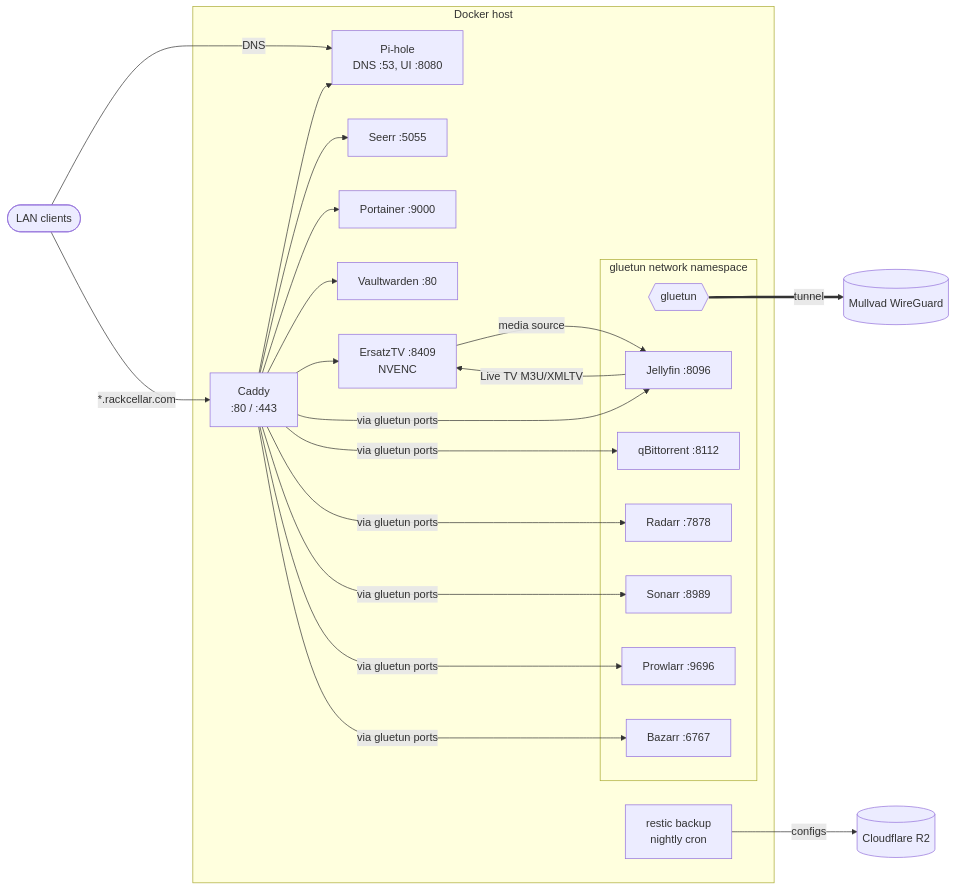
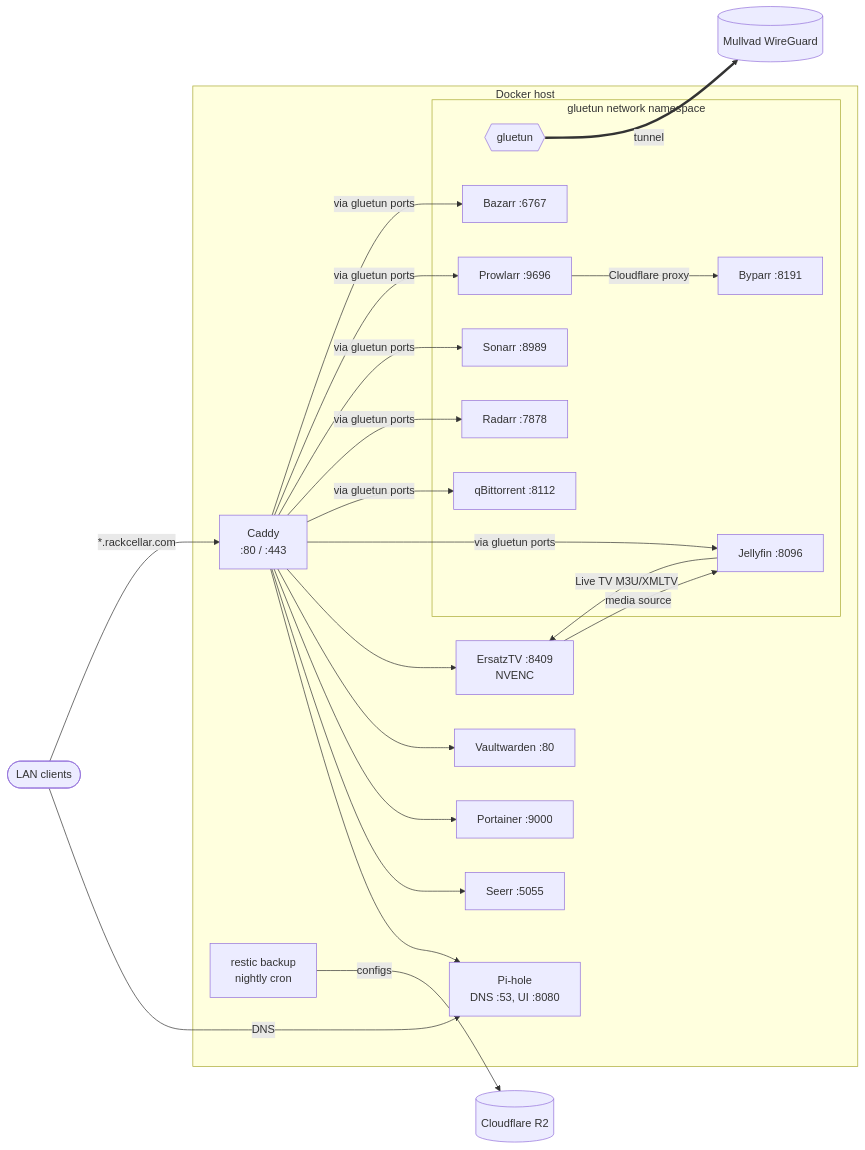
The diagram in README.md (jonnynabors/docker), drawn with Mermaid before and after one commit. The commit also changed other lines of this file and 1 other file, not shown here.

Commit message:
add byparr

````diff
--- a/README.md
+++ b/README.md
@@ -7,39 +7,41 @@
 ```mermaid
 flowchart LR
     LAN([LAN clients])
     Mullvad[(Mullvad WireGuard)]
     R2[(Cloudflare R2)]
 
     subgraph host[Docker host]
         pihole[Pi-hole<br/>DNS :53, UI :8080]
         caddy[Caddy<br/>:80 / :443]
         seerr[Seerr :5055]
         portainer[Portainer :9000]
         vault[Vaultwarden :80]
         ersatztv[ErsatzTV :8409<br/>NVENC]
         backup[restic backup<br/>nightly cron]
 
         subgraph vpn[gluetun network namespace]
             gluetun{{gluetun}}
             jellyfin[Jellyfin :8096]
             qbit[qBittorrent :8112]
             radarr[Radarr :7878]
             sonarr[Sonarr :8989]
             prowlarr[Prowlarr :9696]
+            byparr[Byparr :8191]
             bazarr[Bazarr :6767]
         end
     end
 
     LAN -- DNS --> pihole
     LAN -- "*.rackcellar.com" --> caddy
     caddy --> pihole
     caddy --> seerr
     caddy --> portainer
     caddy --> vault
     caddy --> ersatztv
     jellyfin -- Live TV M3U/XMLTV --> ersatztv
     ersatztv -- media source --> jellyfin
+    prowlarr -- Cloudflare proxy --> byparr
     backup -- configs --> R2
     caddy -- via gluetun ports --> jellyfin & qbit & radarr & sonarr & prowlarr & bazarr
     gluetun == tunnel ==> Mullvad
 ```
````
